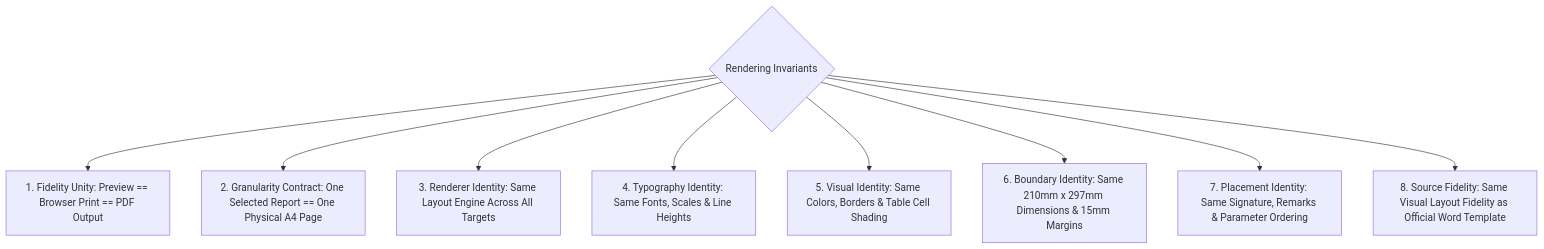
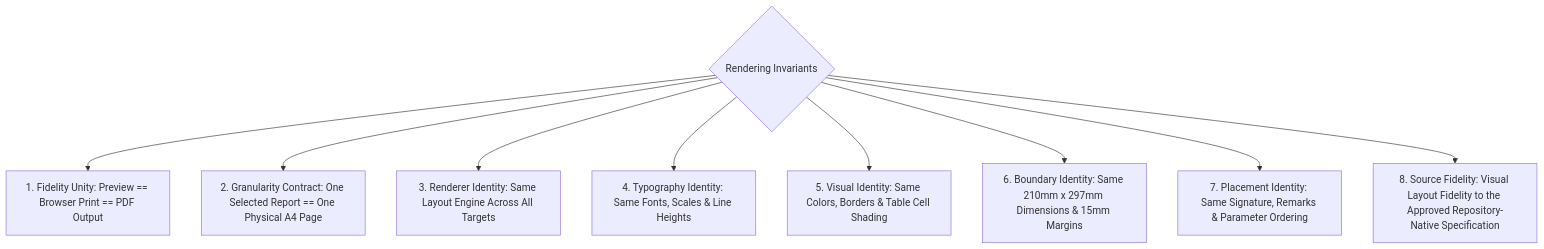
One commit to nicolaseugenio2022-cyber/St-rose-laboratory-result-management-system changed the second of 4 diagrams in architecture/REPORT_RENDERING_ARCHITECTURE.md. Above: the diagram before and after it, drawn with Mermaid. The commit also changed other lines of this file and 57 other files, not shown here.

````diff
--- a/architecture/REPORT_RENDERING_ARCHITECTURE.md
+++ b/architecture/REPORT_RENDERING_ARCHITECTURE.md
@@ -103,12 +102,12 @@
 ```mermaid
 graph TD
     Invariants{"Rendering Invariants"}
     Invariants --> Inv1["1. Fidelity Unity: Preview == Browser Print == PDF Output"]
     Invariants --> Inv2["2. Granularity Contract: One Selected Report == One Physical A4 Page"]
     Invariants --> Inv3["3. Renderer Identity: Same Layout Engine Across All Targets"]
     Invariants --> Inv4["4. Typography Identity: Same Fonts, Scales & Line Heights"]
     Invariants --> Inv5["5. Visual Identity: Same Colors, Borders & Table Cell Shading"]
     Invariants --> Inv6["6. Boundary Identity: Same 210mm x 297mm Dimensions & 15mm Margins"]
     Invariants --> Inv7["7. Placement Identity: Same Signature, Remarks & Parameter Ordering"]
-    Invariants --> Inv8["8. Source Fidelity: Same Visual Layout Fidelity as Official Word Template"]
+    Invariants --> Inv8["8. Source Fidelity: Visual Layout Fidelity to the Approved Repository-Native Specification"]
 ```
````
